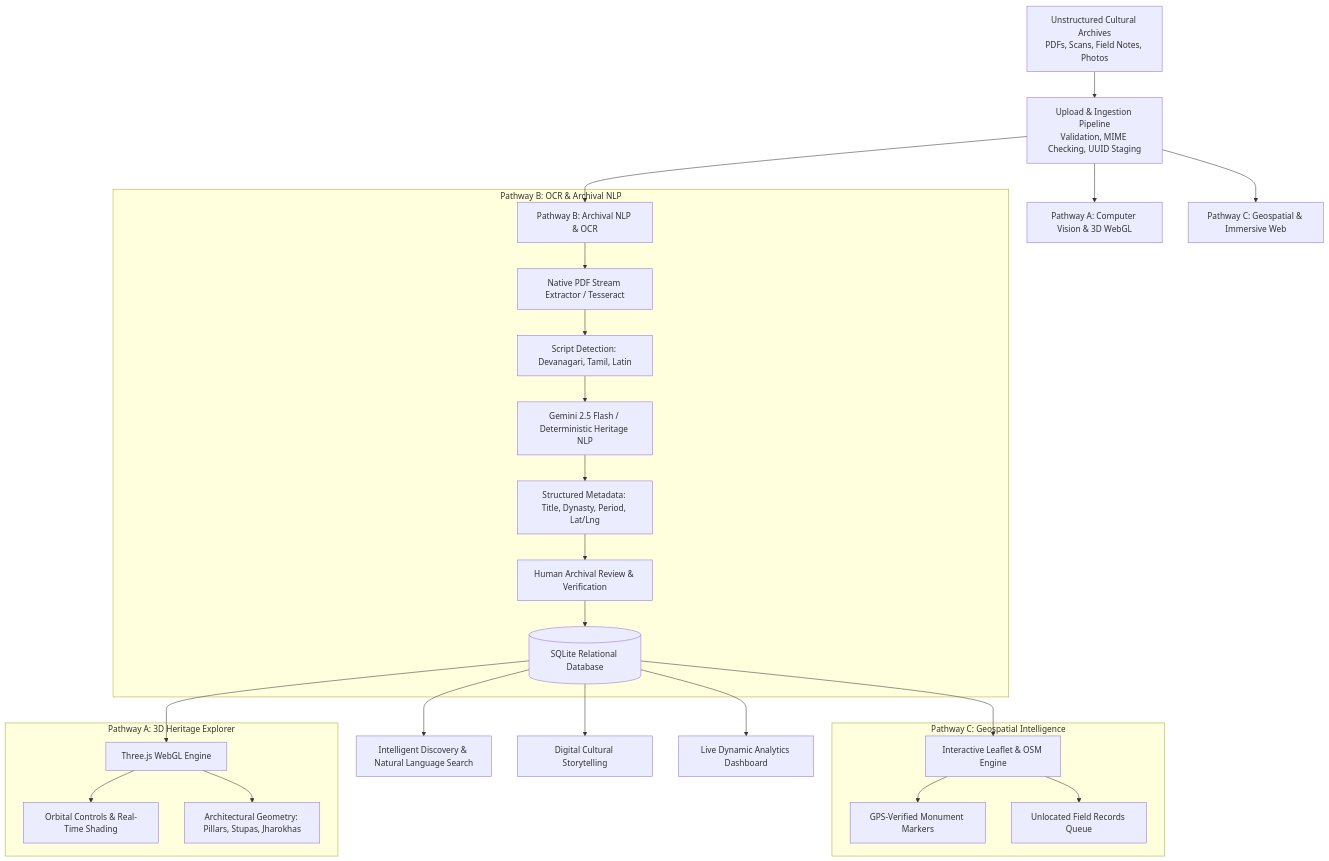
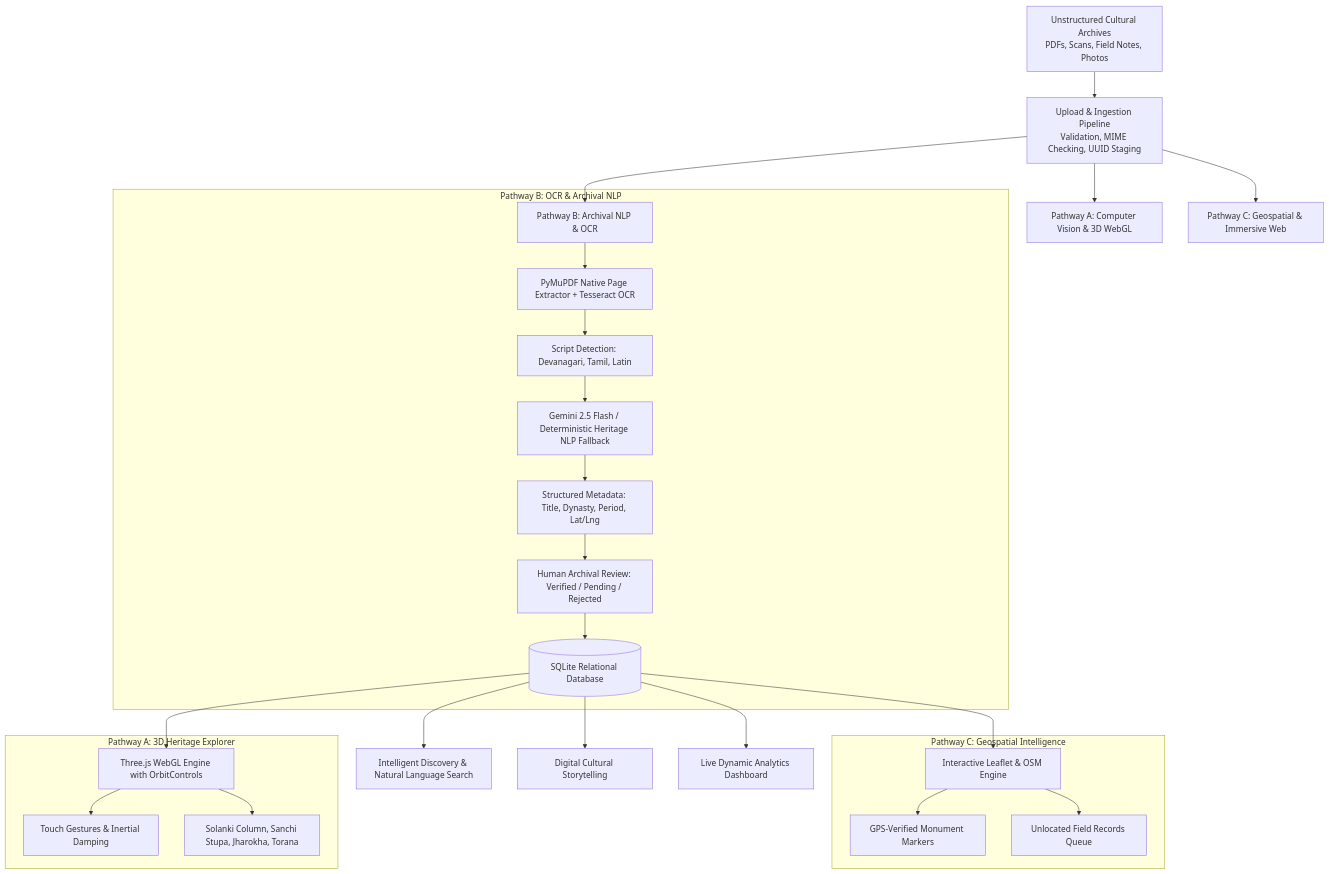
The diagram in README.md (SurajPal589/heritage-website), drawn with Mermaid before and after one commit. The commit also changed other lines of this file and 24 other files, not shown here.

Commit message:
feat(hackathon): Complete project audit, PyMuPDF OCR, human verification workflow, 3D explorer and dynamic analytics

````diff
--- a/README.md
+++ b/README.md
@@ -20,33 +29,33 @@
 ```mermaid
 flowchart TD
     Raw[Unstructured Cultural Archives<br/>PDFs, Scans, Field Notes, Photos] --> Upload[Upload & Ingestion Pipeline<br/>Validation, MIME Checking, UUID Staging]
     
     Upload --> PathwayB[Pathway B: Archival NLP & OCR]
     Upload --> PathwayA[Pathway A: Computer Vision & 3D WebGL]
     Upload --> PathwayC[Pathway C: Geospatial & Immersive Web]
     
     subgraph "Pathway B: OCR & Archival NLP"
-        PathwayB --> OCR[Native PDF Stream Extractor / Tesseract]
+        PathwayB --> OCR[PyMuPDF Native Page Extractor + Tesseract OCR]
         OCR --> Lang[Script Detection: Devanagari, Tamil, Latin]
-        Lang --> AI[Gemini 2.5 Flash / Deterministic Heritage NLP]
+        Lang --> AI[Gemini 2.5 Flash / Deterministic Heritage NLP Fallback]
         AI --> Meta[Structured Metadata: Title, Dynasty, Period, Lat/Lng]
-        Meta --> Review[Human Archival Review & Verification]
+        Meta --> Review[Human Archival Review: Verified / Pending / Rejected]
         Review --> RDB[(SQLite Relational Database)]
     end
     
     subgraph "Pathway C: Geospatial Intelligence"
         RDB --> Leaflet[Interactive Leaflet & OSM Engine]
         Leaflet --> Markers[GPS-Verified Monument Markers]
         Leaflet --> Unlocated[Unlocated Field Records Queue]
     end
     
     subgraph "Pathway A: 3D Heritage Explorer"
-        RDB --> WebGL[Three.js WebGL Engine]
-        WebGL --> Orbit[Orbital Controls & Real-Time Shading]
-        WebGL --> Models[Architectural Geometry: Pillars, Stupas, Jharokhas]
+        RDB --> WebGL[Three.js WebGL Engine with OrbitControls]
+        WebGL --> Orbit[Touch Gestures & Inertial Damping]
+        WebGL --> Models[Solanki Column, Sanchi Stupa, Jharokha, Torana]
     end
     
     RDB --> SearchEngine[Intelligent Discovery & Natural Language Search]
     RDB --> StoryEngine[Digital Cultural Storytelling]
     RDB --> AnalyticsEngine[Live Dynamic Analytics Dashboard]
 ```
````
